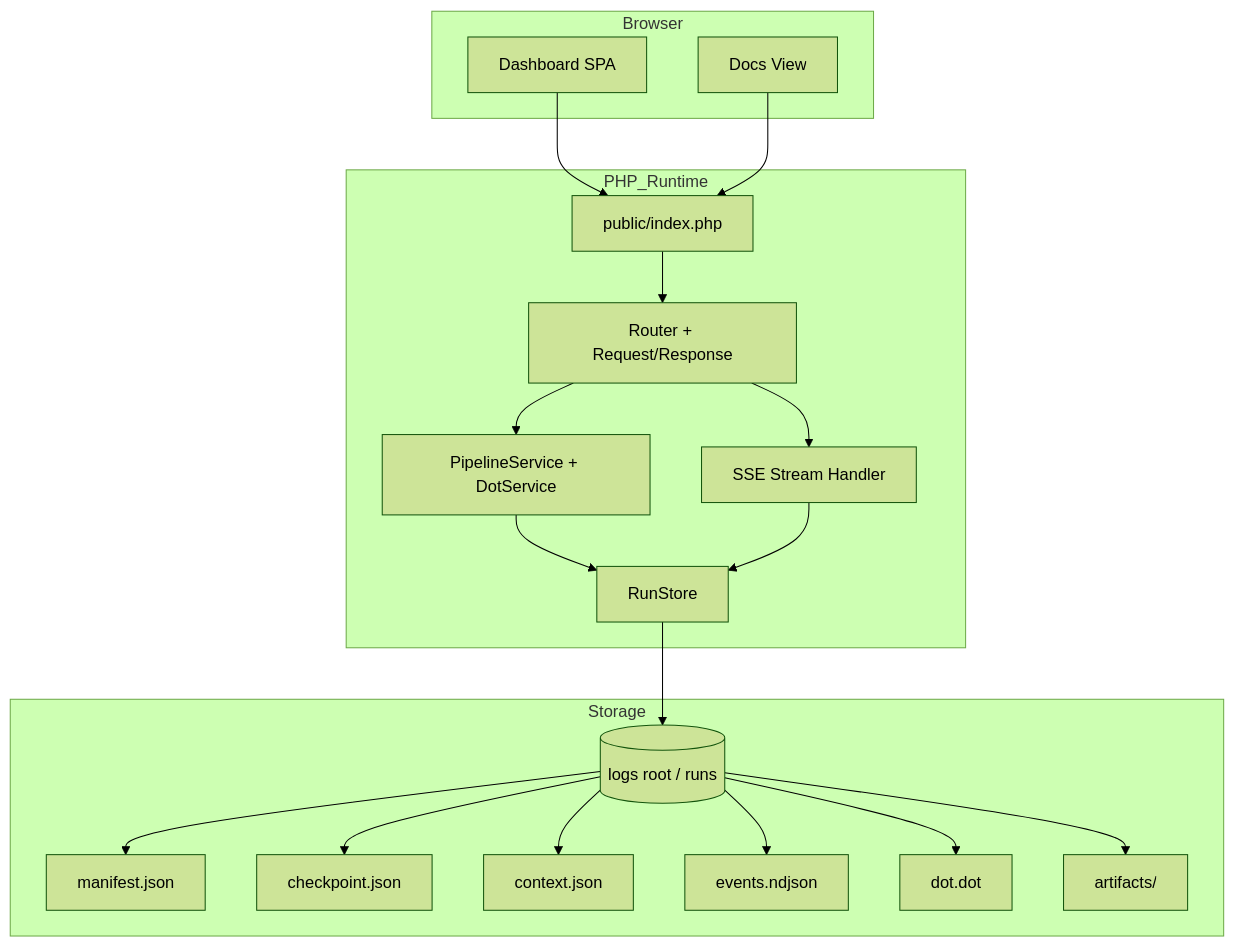
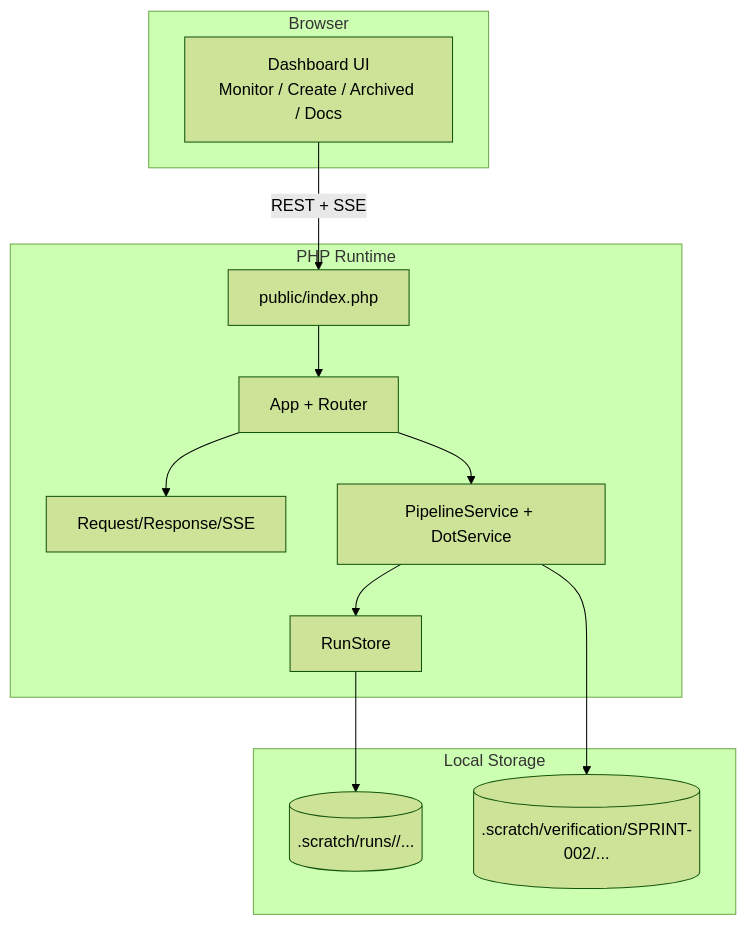
The fifth of 5 diagrams in docs/sprints/SPRINT-002-attractor-php-web-dashboard.md (jaytaylor/attractor-php), drawn with Mermaid (forest theme) before and after one commit. The commit also changed other lines of this file, not shown here.

Commit message:
Mark Sprint 002 complete with verification evidence

````diff
--- a/docs/sprints/SPRINT-002-attractor-php-web-dashboard.md
+++ b/docs/sprints/SPRINT-002-attractor-php-web-dashboard.md
@@ -1924,40 +2932,27 @@
 ```mermaid
 flowchart TB
     subgraph Browser
-      SPA[Dashboard SPA]
-      Docs[Docs View]
+      SPA[Dashboard UI\nMonitor / Create / Archived / Docs]
     end
 
-    subgraph PHP_Runtime
-      Entry[public/index.php]
-      Http[Router + Request/Response]
-      SSE[SSE Stream Handler]
+    subgraph Runtime[PHP Runtime]
+      Front[public/index.php]
+      App[App + Router]
+      HTTP[Request/Response/SSE]
       Domain[PipelineService + DotService]
-      Store[RunStore]
+      Storage[RunStore]
     end
 
-    subgraph Storage
-      Runs[(logs root / runs)]
-      Manifest[manifest.json]
-      Checkpoint[checkpoint.json]
-      Context[context.json]
-      Events[events.ndjson]
-      Dot[dot.dot]
-      Artifacts[artifacts/]
+    subgraph Persistence[Local Storage]
+      Runs[(.scratch/runs/<runId>/...)]
+      Evidence[(.scratch/verification/SPRINT-002/...)]
     end
 
-    SPA --> Entry
-    Docs --> Entry
-    Entry --> Http
-    Http --> Domain
-    Http --> SSE
-    Domain --> Store
-    SSE --> Store
-    Store --> Runs
-    Runs --> Manifest
-    Runs --> Checkpoint
-    Runs --> Context
-    Runs --> Events
-    Runs --> Dot
-    Runs --> Artifacts
+    SPA -->|REST + SSE| Front
+    Front --> App
+    App --> HTTP
+    App --> Domain
+    Domain --> Storage
+    Storage --> Runs
+    Domain --> Evidence
 ```
````
